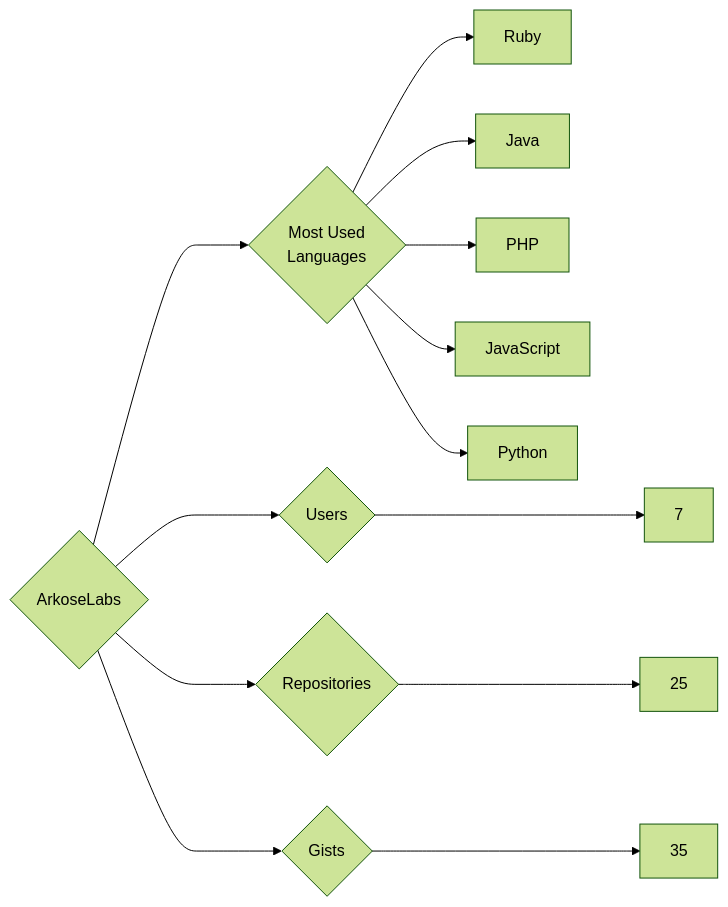
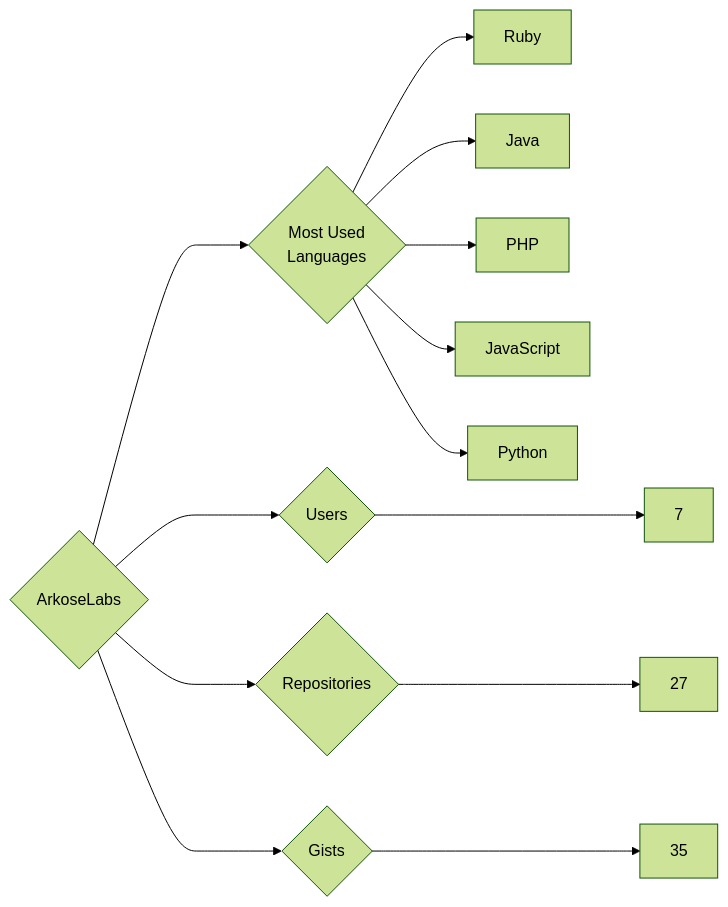
The diagram in targets/ArkoseLabs/README.md (trickest/insiders), drawn with Mermaid (forest theme) before and after one commit. The commit also changed 1149 other files, not shown here.

````diff
--- a/targets/ArkoseLabs/README.md
+++ b/targets/ArkoseLabs/README.md
@@ -3,13 +3,13 @@
 ```mermaid
 graph LR
 COMPANY_NAME{ArkoseLabs}
 COMPANY_NAME ---> U{Users} ---> UN[7]
-COMPANY_NAME ---> R{Repositories} ---> RN[25]
+COMPANY_NAME ---> R{Repositories} ---> RN[27]
 COMPANY_NAME ---> G{Gists} ---> GN[35]
 COMPANY_NAME ---> ML{Most Used<br>Languages}
 ML --> Ruby[Ruby]
 ML --> Java[Java]
 ML --> PHP[PHP]
 ML --> JavaScript[JavaScript]
 ML --> Python[Python]
 ```
````
